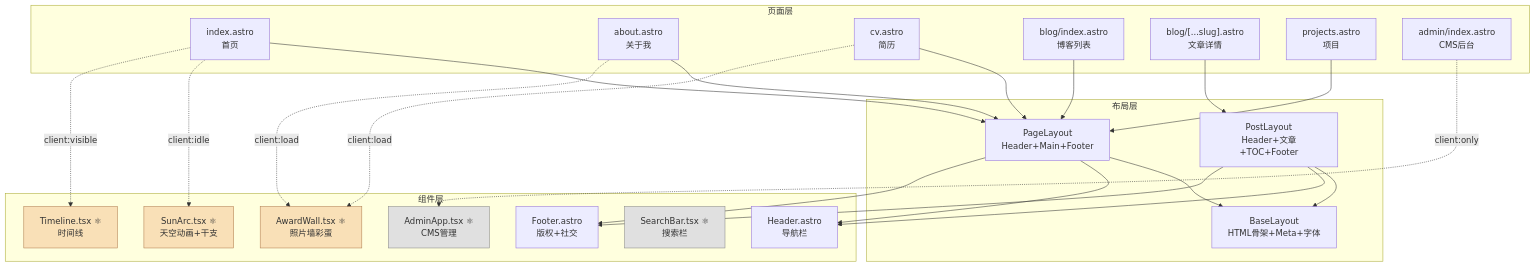
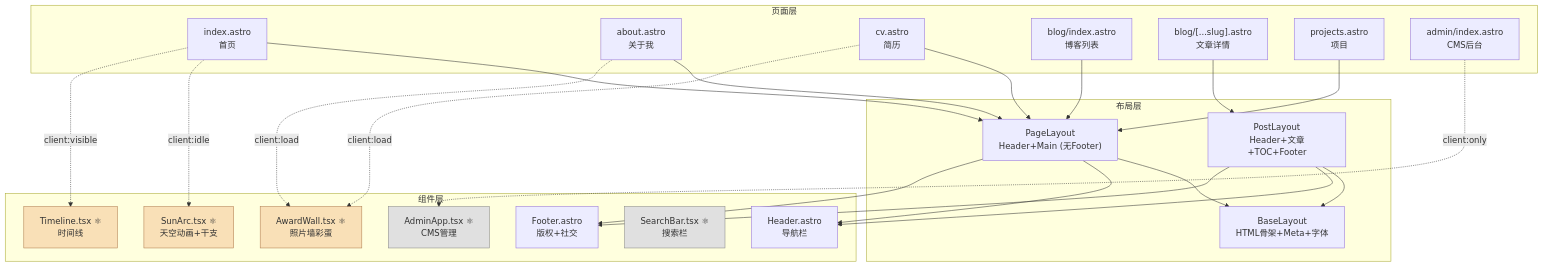
Before and after one commit to Alidadei/alidadei.github.io: the diagram in docs/knowledge-graph-en/knowledge-graph.md, drawn with Mermaid. The commit also changed other lines of this file, not shown here.

Commit message:
更新知识图谱：3D背景+首页架构+导航变更+去Footer

````diff
--- a/docs/knowledge-graph-en/knowledge-graph.md
+++ b/docs/knowledge-graph-en/knowledge-graph.md
@@ -80,54 +80,54 @@
 ```mermaid
 graph TB
     subgraph 页面层
         HOME["index.astro<br/>首页"]
         ABOUT["about.astro<br/>关于我"]
         CV["cv.astro<br/>简历"]
         BLOG["blog/index.astro<br/>博客列表"]
         POST["blog/[...slug].astro<br/>文章详情"]
         PROJ["projects.astro<br/>项目"]
         ADMIN["admin/index.astro<br/>CMS后台"]
     end
 
     subgraph 布局层
         BL["BaseLayout<br/>HTML骨架+Meta+字体"]
-        PL["PageLayout<br/>Header+Main+Footer"]
+        PL["PageLayout<br/>Header+Main (无Footer)"]
         SL["PostLayout<br/>Header+文章+TOC+Footer"]
     end
 
     subgraph 组件层
         HDR["Header.astro<br/>导航栏"]
         FTR["Footer.astro<br/>版权+社交"]
         SUN["SunArc.tsx ⚛<br/>天空动画+干支"]
         TL["Timeline.tsx ⚛<br/>时间线"]
         AW["AwardWall.tsx ⚛<br/>照片墙彩蛋"]
         SB["SearchBar.tsx ⚛<br/>搜索栏"]
         AA["AdminApp.tsx ⚛<br/>CMS管理"]
     end
 
     HOME --> PL
     ABOUT --> PL
     CV --> PL
     BLOG --> PL
     PROJ --> PL
     POST --> SL
 
     PL --> BL
     PL --> HDR
     PL --> FTR
     SL --> BL
     SL --> HDR
     SL --> FTR
 
     HOME -.->|"client:idle"| SUN
     HOME -.->|"client:visible"| TL
     ABOUT -.->|"client:load"| AW
     CV -.->|"client:load"| AW
     ADMIN -.->|"client:only"| AA
 
     style SUN fill:#f9e0b7,stroke:#b07d4f
     style AW fill:#f9e0b7,stroke:#b07d4f
     style TL fill:#f9e0b7,stroke:#b07d4f
     style AA fill:#e0e0e0,stroke:#888
     style SB fill:#e0e0e0,stroke:#888
 ```
````
